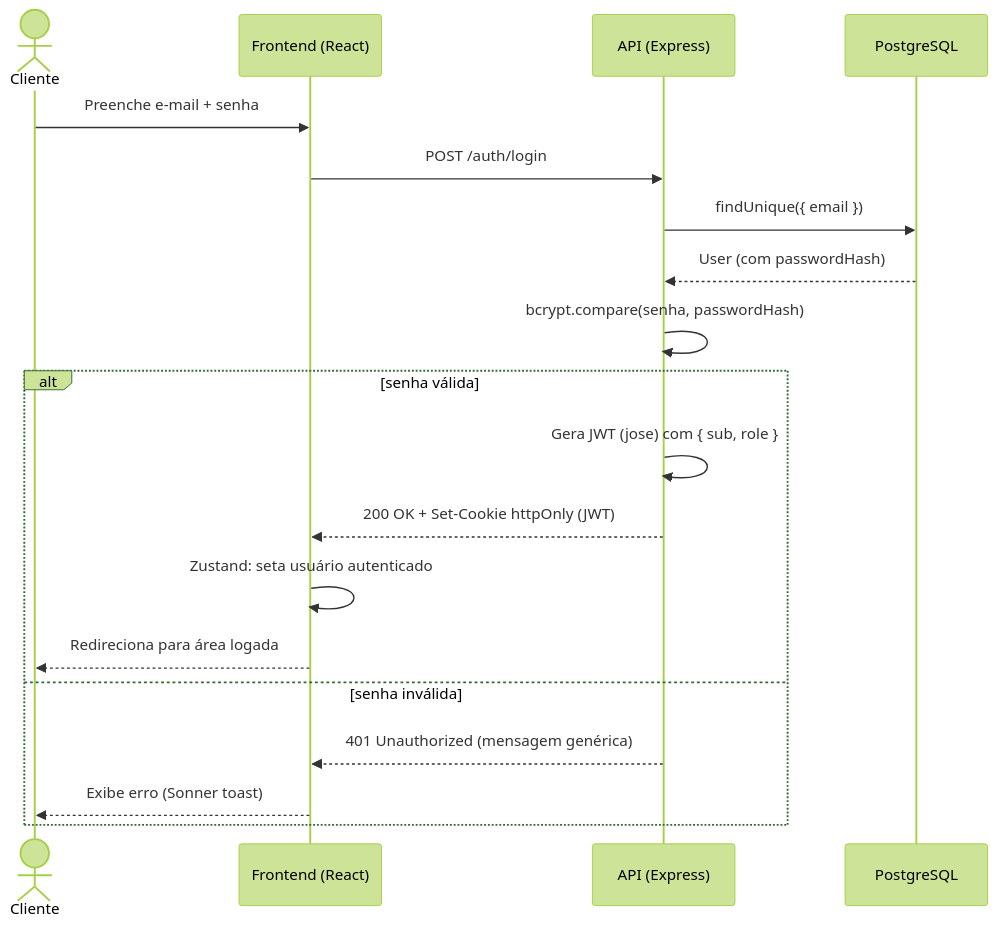
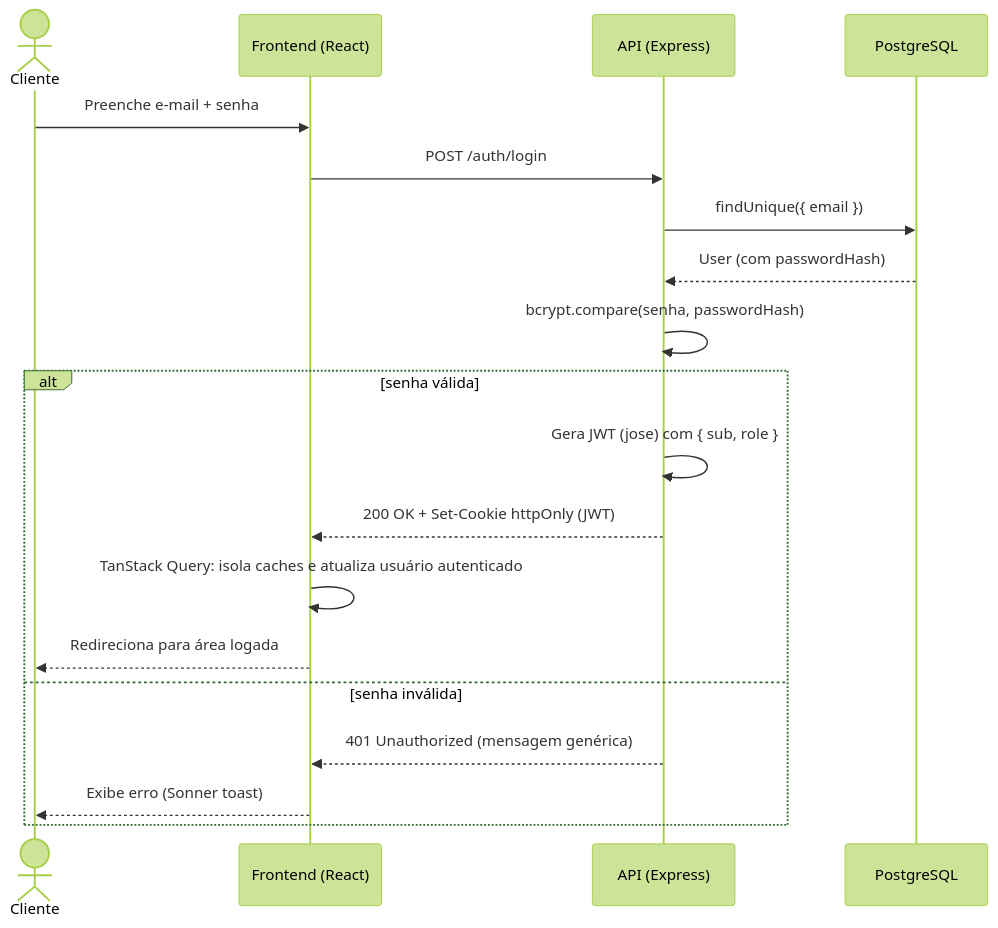
One commit to DevWesleyMedeiros/casa-do-hamburger changed the third of 6 diagrams in docs/architecture/REGRAS_DE_NEGOCIO.md. Above: the diagram before and after it, drawn with Mermaid (forest theme). The commit also changed 20 other files, not shown here.

````diff
--- a/docs/architecture/REGRAS_DE_NEGOCIO.md
+++ b/docs/architecture/REGRAS_DE_NEGOCIO.md
@@ -706,22 +706,22 @@
 ```mermaid
 sequenceDiagram
     actor C as Cliente
     participant F as Frontend (React)
     participant A as API (Express)
     participant DB as PostgreSQL
 
     C->>F: Preenche e-mail + senha
     F->>A: POST /auth/login
     A->>DB: findUnique({ email })
     DB-->>A: User (com passwordHash)
     A->>A: bcrypt.compare(senha, passwordHash)
     alt senha válida
         A->>A: Gera JWT (jose) com { sub, role }
         A-->>F: 200 OK + Set-Cookie httpOnly (JWT)
-        F->>F: Zustand: seta usuário autenticado
+        F->>F: TanStack Query: isola caches e atualiza usuário autenticado
         F-->>C: Redireciona para área logada
     else senha inválida
         A-->>F: 401 Unauthorized (mensagem genérica)
         F-->>C: Exibe erro (Sonner toast)
     end
 ```
````
